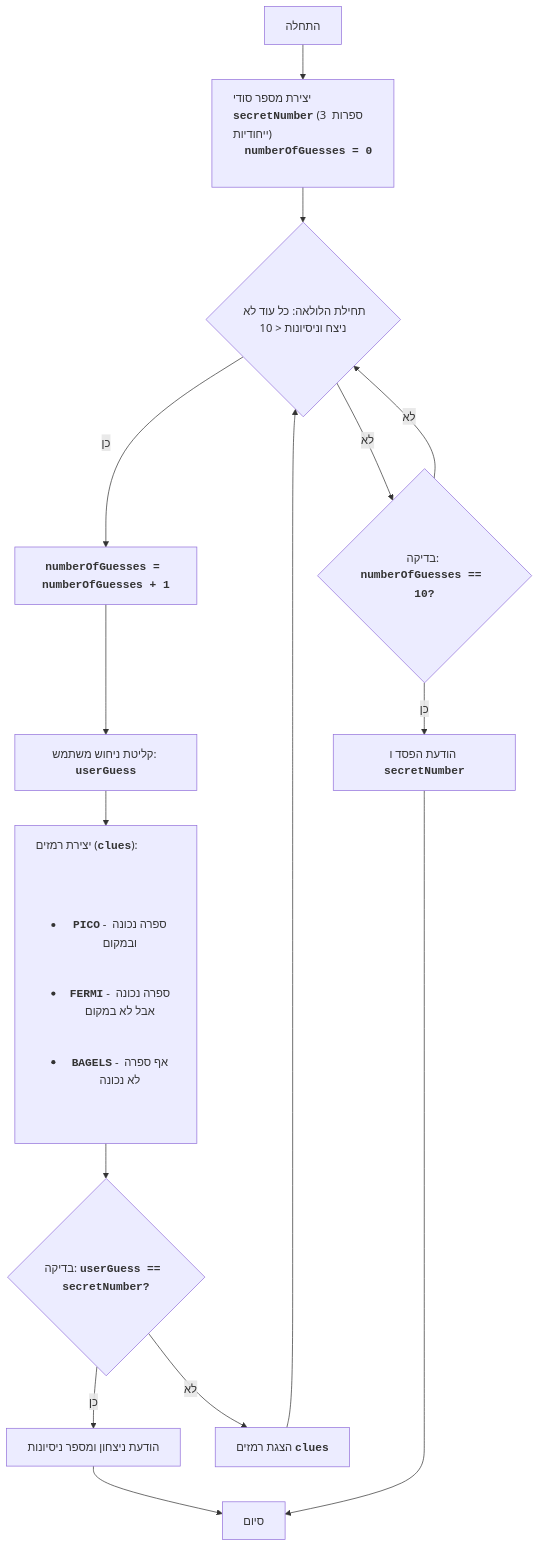
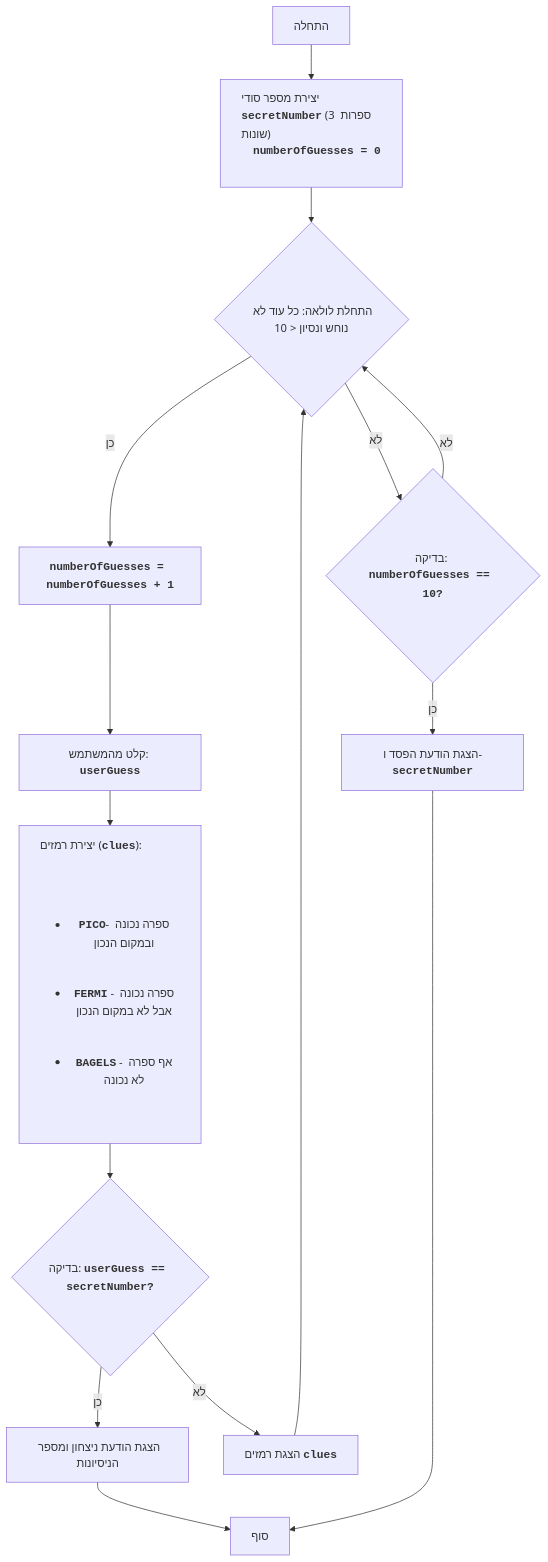
One commit to hypo69/hypo changed the diagram in docs/gemini/he/explainer/src/endpoints/ai_games/101_basic_computer_games/ru/GAMES/BAGLES/README.MD.md. Above: the diagram before and after it, drawn with Mermaid. The commit also changed other lines of this file and 885 other files, not shown here.

````diff
--- a/docs/gemini/he/explainer/src/endpoints/ai_games/101_basic_computer_games/ru/GAMES/BAGLES/README.MD.md
+++ b/docs/gemini/he/explainer/src/endpoints/ai_games/101_basic_computer_games/ru/GAMES/BAGLES/README.MD.md
@@ -27,18 +36,18 @@
 ```mermaid
 flowchart TD
-    Start["התחלה"] --> GenerateSecretNumber["<p align='left'>יצירת מספר סודי <code><b>secretNumber</b></code> (3 ספרות ייחודיות)\n    <code><b>numberOfGuesses = 0</b></code>\n    </p>"]
-    GenerateSecretNumber --> LoopStart{"תחילת הלולאה: כל עוד לא ניצח וניסיונות < 10"}
+    Start["התחלה"] --> GenerateSecretNumber["<p align='left'>יצירת מספר סודי <code><b>secretNumber</b></code> (3 ספרות שונות)\n    <code><b>numberOfGuesses = 0</b></code>\n    </p>"]
+    GenerateSecretNumber --> LoopStart{"התחלת לולאה: כל עוד לא נוחש ונסיון < 10"}
     LoopStart -- כן --> IncreaseGuesses["<code><b>numberOfGuesses = numberOfGuesses + 1</b></code>"]
-    IncreaseGuesses --> InputGuess["קליטת ניחוש משתמש: <code><b>userGuess</b></code>"]
-    InputGuess --> GenerateClues["<p align='left'>יצירת רמזים (<code><b>clues</b></code>):\n    <ul>\n    <li><code><b>PICO</b></code> - ספרה נכונה ובמקום</li>\n    <li><code><b>FERMI</b></code> - ספרה נכונה אבל לא במקום</li>\n    <li><code><b>BAGELS</b></code> - אף ספרה לא נכונה</li>\n    </ul></p>"]
+    IncreaseGuesses --> InputGuess["קלט מהמשתמש: <code><b>userGuess</b></code>"]
+    InputGuess --> GenerateClues["<p align='left'>יצירת רמזים (<code><b>clues</b></code>):\n    <ul>\n    <li><code><b>PICO</b></code>- ספרה נכונה ובמקום הנכון</li>\n    <li><code><b>FERMI</b></code> - ספרה נכונה אבל לא במקום הנכון</li>\n    <li><code><b>BAGELS</b></code> - אף ספרה לא נכונה</li>\n    </ul></p>"]
     GenerateClues --> CheckWin{"בדיקה: <code><b>userGuess == secretNumber?</b></code>"}
-    CheckWin -- כן --> OutputWin["הודעת ניצחון ומספר ניסיונות"]
-    OutputWin --> End["סיום"]
+    CheckWin -- כן --> OutputWin["הצגת הודעת ניצחון ומספר הניסיונות"]
+    OutputWin --> End["סוף"]
     CheckWin -- לא --> OutputClues["הצגת רמזים <code><b>clues</b></code>"]
     OutputClues --> LoopStart
     LoopStart -- לא --> CheckLose{"בדיקה: <code><b>numberOfGuesses == 10?</b></code>"}
-    CheckLose -- כן --> OutputLose["הודעת הפסד ו <code><b>secretNumber</b></code>"]
+    CheckLose -- כן --> OutputLose["הצגת הודעת הפסד ו-<code><b>secretNumber</b></code>"]
     OutputLose --> End
     CheckLose -- לא --> LoopStart
 
 ```
````
